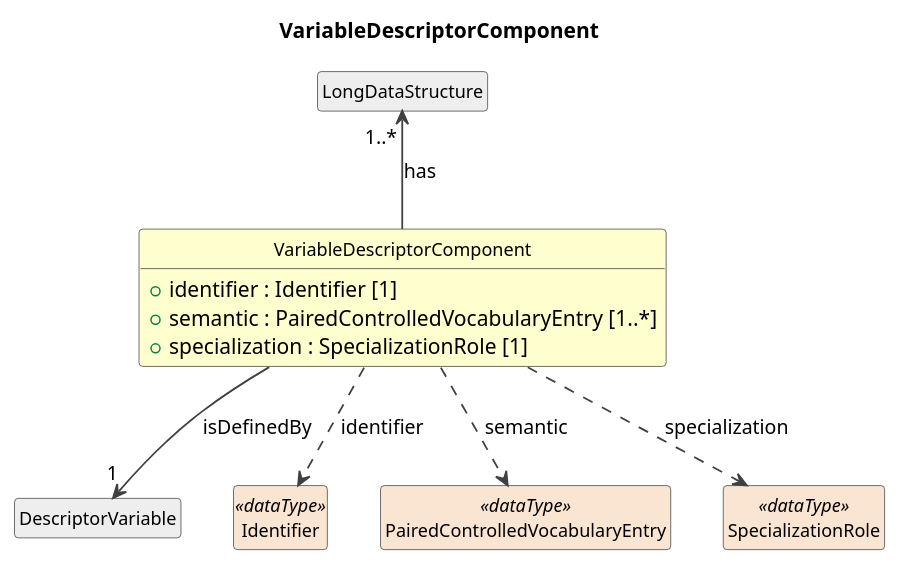
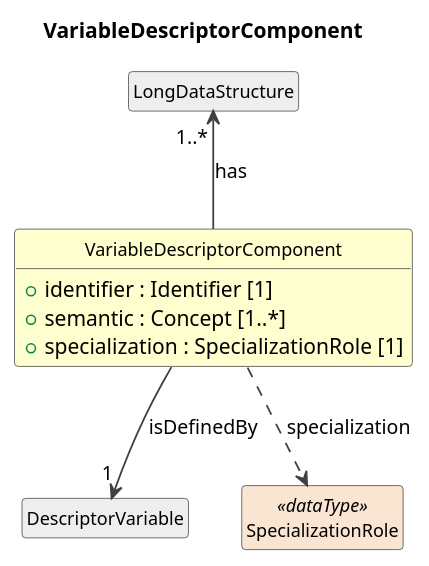
The diagram in build/plantuml/cdifDataStructure/Classes/VariableDescriptorComponent.pu (Cross-Domain-Interoperability-Framework/metadataBuildingBlocks), drawn with PlantUML before and after one commit. The commit also changed 237 other files, not shown here.

```diff
--- a/build/plantuml/cdifDataStructure/Classes/VariableDescriptorComponent.pu
+++ b/build/plantuml/cdifDataStructure/Classes/VariableDescriptorComponent.pu
@@ -1,29 +1,25 @@
 @startuml
 title VariableDescriptorComponent
 hide circle
 hide empty members
 skinparam shadowing false
 skinparam ArrowThickness 1.2
 skinparam class {
   ArrowColor #404040
   BorderColor #404040
   FontSize 12
 }
 
 class "VariableDescriptorComponent" as VariableDescriptorComponent #FEFECE {
   +identifier : Identifier [1]
-  +semantic : PairedControlledVocabularyEntry [1..*]
+  +semantic : Concept [1..*]
   +specialization : SpecializationRole [1]
 }
 class "LongDataStructure" as LongDataStructure #EEEEEE
 LongDataStructure "1..*" <-- VariableDescriptorComponent : has
 class "DescriptorVariable" as DescriptorVariable #EEEEEE
 VariableDescriptorComponent --> "1" DescriptorVariable : isDefinedBy
-class "Identifier" as Identifier <<dataType>> #FAE5D3
-VariableDescriptorComponent ..> Identifier : identifier
-class "PairedControlledVocabularyEntry" as PairedControlledVocabularyEntry <<dataType>> #FAE5D3
-VariableDescriptorComponent ..> PairedControlledVocabularyEntry : semantic
 class "SpecializationRole" as SpecializationRole <<dataType>> #FAE5D3
 VariableDescriptorComponent ..> SpecializationRole : specialization
 
 @enduml
```
